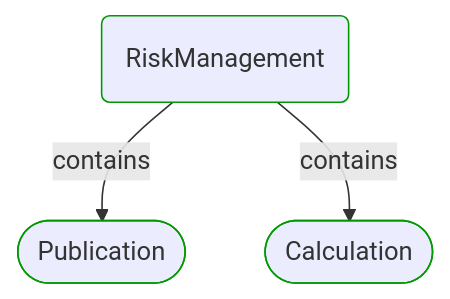
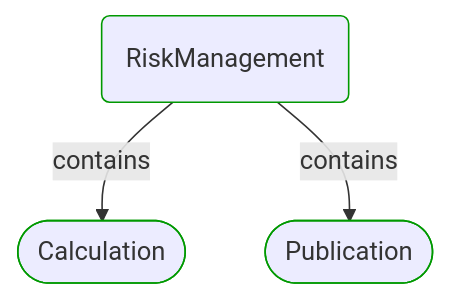
The first of 4 diagrams in Docs/P3/MermaidOutput/Modules/RiskManagement/RiskManagement.md (itlibrium/DDD-starter-dotnet), drawn with Mermaid before and after one commit. The commit also changed 78 other files, not shown here.

````diff
--- a/Docs/P3/MermaidOutput/Modules/RiskManagement/RiskManagement.md
+++ b/Docs/P3/MermaidOutput/Modules/RiskManagement/RiskManagement.md
@@ -20,14 +20,14 @@
 ```mermaid
   flowchart TB
     0(RiskManagement)
     class 0 DomainPerspective
-    1([Publication])
+    1([Calculation])
     class 1 DomainPerspective
     0-->|contains|1
-    2([Calculation])
+    2([Publication])
     class 2 DomainPerspective
     0-->|contains|2
     classDef DomainPerspective stroke:#009900
     classDef TechnologyPerspective stroke:#1F41EB
     classDef PeoplePerspective stroke:#FFF014
 ```
````
